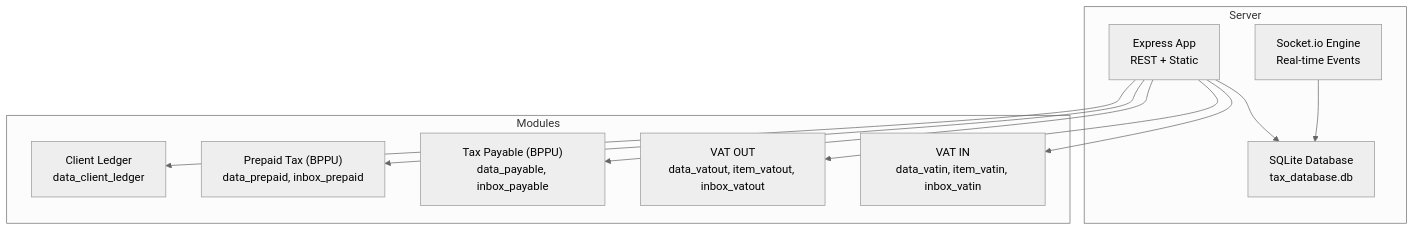
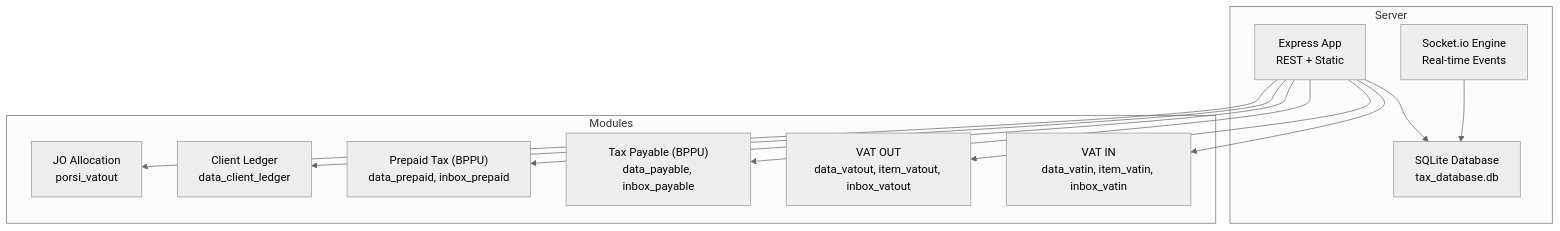
The first of 4 diagrams in .qoder/repowiki/en/content/API Reference/API Reference.md (rendisiagian/TDS_by_RENDISIAGIAN), drawn with Mermaid (neutral theme) before and after one commit. The commit also changed other lines of this file and 55 other files, not shown here.

````diff
--- a/.qoder/repowiki/en/content/API Reference/API Reference.md
+++ b/.qoder/repowiki/en/content/API Reference/API Reference.md
@@ -49,22 +49,24 @@
 ```mermaid
 graph TB
 subgraph "Server"
 Express["Express App<br/>REST + Static"]
 SocketIO["Socket.io Engine<br/>Real-time Events"]
 DB["SQLite Database<br/>tax_database.db"]
 end
 subgraph "Modules"
 VATIN["VAT IN<br/>data_vatin, item_vatin, inbox_vatin"]
 VATOUT["VAT OUT<br/>data_vatout, item_vatout, inbox_vatout"]
 PAYABLE["Tax Payable (BPPU)<br/>data_payable, inbox_payable"]
 PREPAID["Prepaid Tax (BPPU)<br/>data_prepaid, inbox_prepaid"]
 CLIENTLEDGER["Client Ledger<br/>data_client_ledger"]
+JOALLOCATION["JO Allocation<br/>porsi_vatout"]
 end
 Express --> DB
 SocketIO --> DB
 Express --> VATIN
 Express --> VATOUT
 Express --> PAYABLE
 Express --> PREPAID
 Express --> CLIENTLEDGER
+Express --> JOALLOCATION
 ```
````
